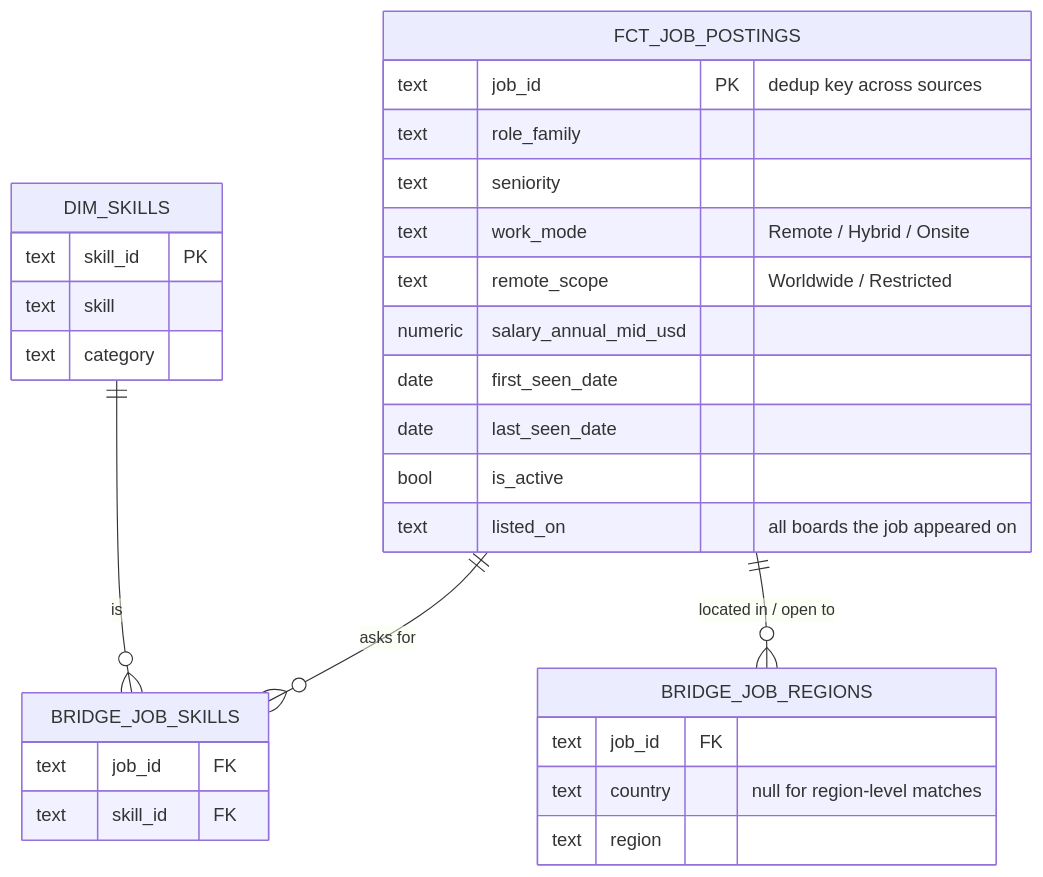
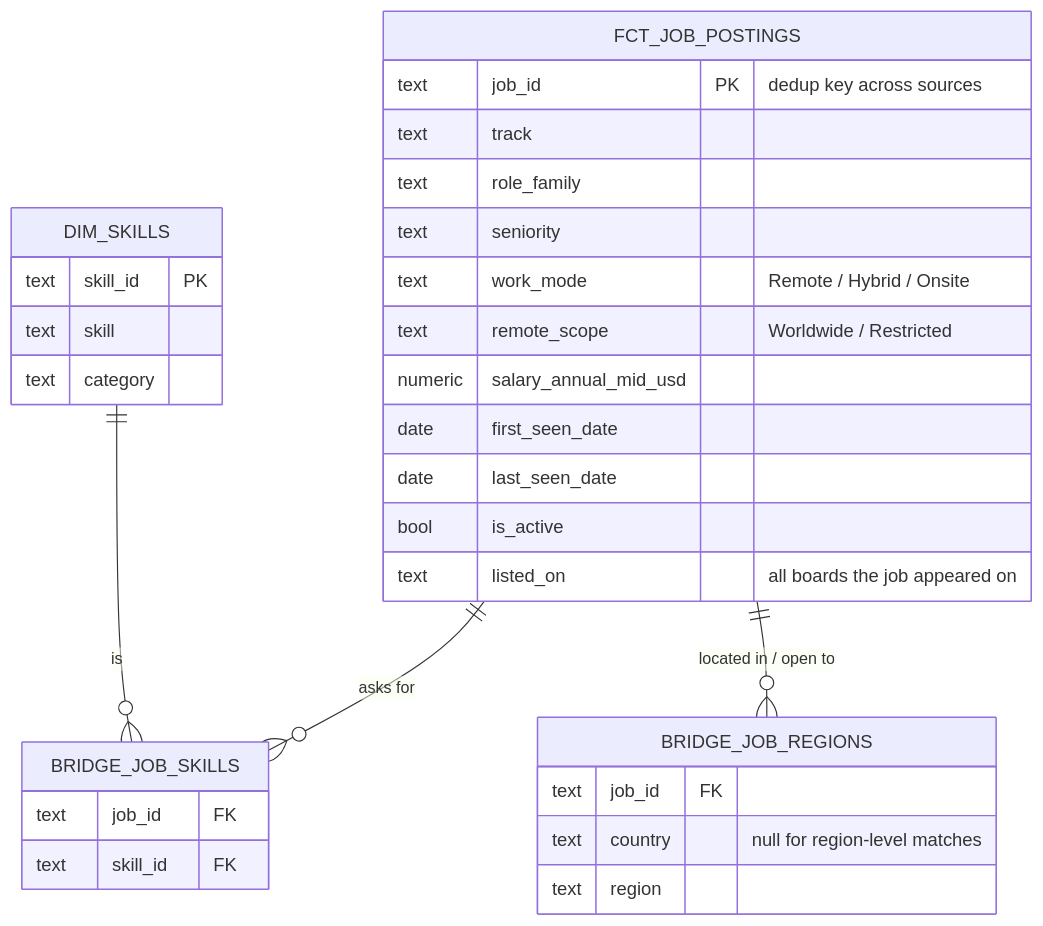
One commit to moamenmoussa172/job-market-radar changed the second of 2 diagrams in README.md. Above: the diagram before and after it, drawn with Mermaid. The commit also changed other lines of this file and 21 other files, not shown here.

````diff
--- a/README.md
+++ b/README.md
@@ -63,32 +79,33 @@
 ```mermaid
 erDiagram
     FCT_JOB_POSTINGS ||--o{ BRIDGE_JOB_SKILLS : "asks for"
     DIM_SKILLS ||--o{ BRIDGE_JOB_SKILLS : "is"
     FCT_JOB_POSTINGS ||--o{ BRIDGE_JOB_REGIONS : "located in / open to"
     FCT_JOB_POSTINGS {
         text job_id PK "dedup key across sources"
+        text track
         text role_family
         text seniority
         text work_mode "Remote / Hybrid / Onsite"
         text remote_scope "Worldwide / Restricted"
         numeric salary_annual_mid_usd
         date first_seen_date
         date last_seen_date
         bool is_active
         text listed_on "all boards the job appeared on"
     }
     BRIDGE_JOB_SKILLS {
         text job_id FK
         text skill_id FK
     }
     DIM_SKILLS {
         text skill_id PK
         text skill
         text category
     }
     BRIDGE_JOB_REGIONS {
         text job_id FK
         text country "null for region-level matches"
         text region
     }
 ```
````
